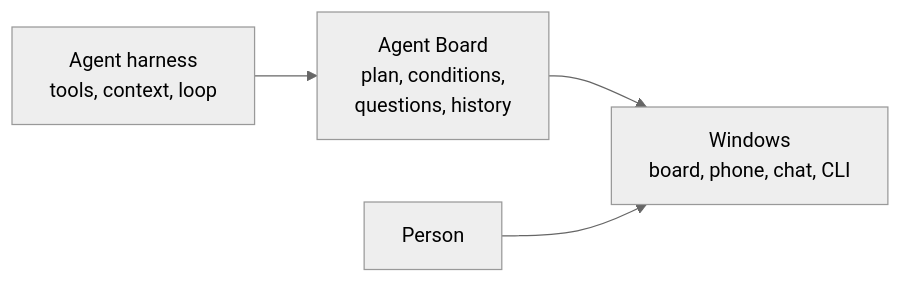
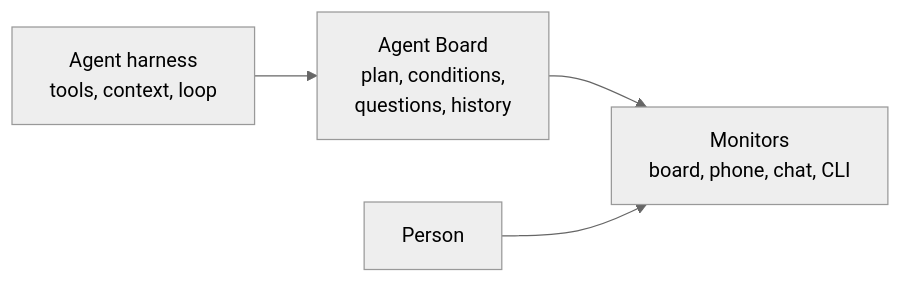
One commit to FooQoo/agent-board changed the first of 6 diagrams in docs/dev/concepts/overview.md. Above: the diagram before and after it, drawn with Mermaid (neutral theme). The commit also changed other lines of this file and 99 other files, not shown here.

````diff
--- a/docs/dev/concepts/overview.md
+++ b/docs/dev/concepts/overview.md
@@ -11,6 +11,6 @@
 ```mermaid
 flowchart LR
     Agent["Agent harness<br/>tools, context, loop"] --> Work["Agent Board<br/>plan, conditions,<br/>questions, history"]
-    Work --> Windows["Windows<br/>board, phone, chat, CLI"]
-    Person["Person"] --> Windows
+    Work --> Monitors["Monitors<br/>board, phone, chat, CLI"]
+    Person["Person"] --> Monitors
 ```
````
